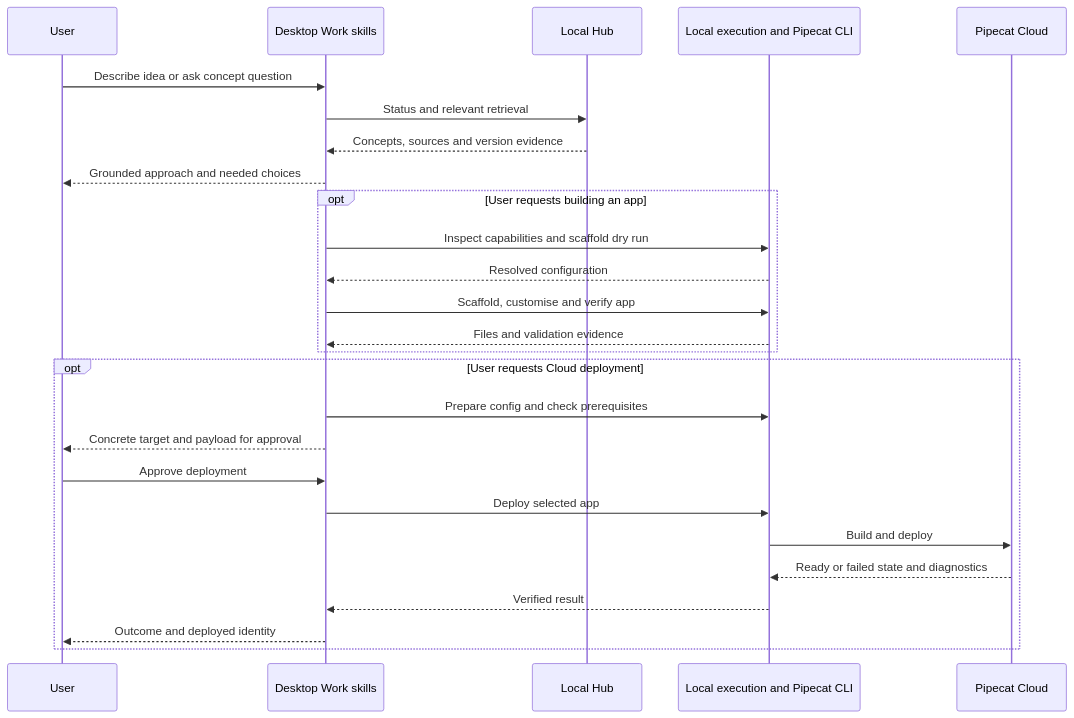
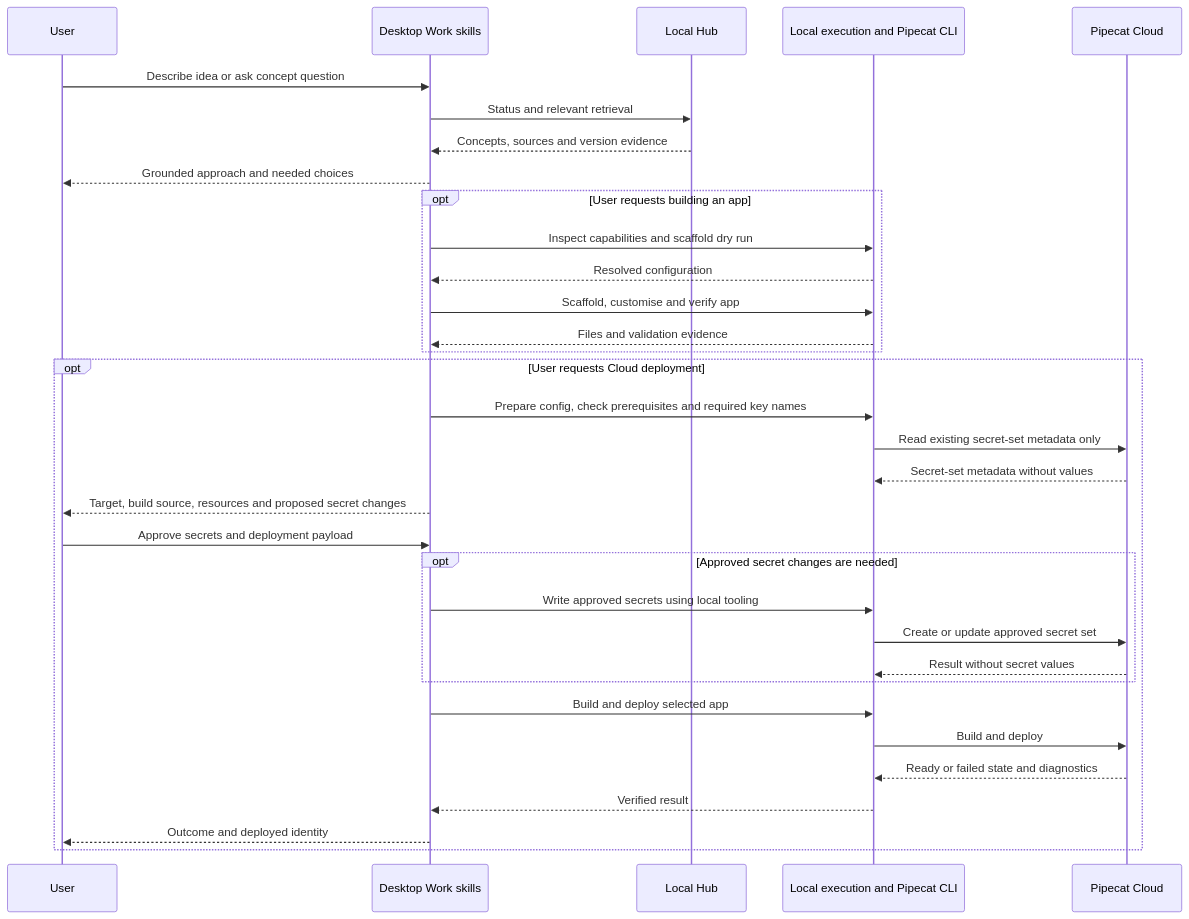
The second of 2 diagrams in docs/dev_plans/20261002-feature-chatgpt-local-plugin.md (pipecat-ai/pipecat-context-hub), drawn with Mermaid before and after one commit. The commit also changed other lines of this file and 1 other file, not shown here.

Commit message:
docs: resolve Pipecat plugin approval and capability review findings

````diff
--- a/docs/dev_plans/20261002-feature-chatgpt-local-plugin.md
+++ b/docs/dev_plans/20261002-feature-chatgpt-local-plugin.md
@@ -120,28 +126,35 @@
 ```mermaid
 sequenceDiagram
   participant U as User
   participant C as Desktop Work skills
   participant H as Local Hub
   participant L as Local execution and Pipecat CLI
   participant K as Pipecat Cloud
   U->>C: Describe idea or ask concept question
   C->>H: Status and relevant retrieval
   H-->>C: Concepts, sources and version evidence
   C-->>U: Grounded approach and needed choices
   opt User requests building an app
     C->>L: Inspect capabilities and scaffold dry run
     L-->>C: Resolved configuration
     C->>L: Scaffold, customise and verify app
     L-->>C: Files and validation evidence
   end
   opt User requests Cloud deployment
-    C->>L: Prepare config and check prerequisites
-    C-->>U: Concrete target and payload for approval
-    U->>C: Approve deployment
-    C->>L: Deploy selected app
+    C->>L: Prepare config, check prerequisites and required key names
+    L->>K: Read existing secret-set metadata only
+    K-->>L: Secret-set metadata without values
+    C-->>U: Target, build source, resources and proposed secret changes
+    U->>C: Approve secrets and deployment payload
+    opt Approved secret changes are needed
+      C->>L: Write approved secrets using local tooling
+      L->>K: Create or update approved secret set
+      K-->>L: Result without secret values
+    end
+    C->>L: Build and deploy selected app
     L->>K: Build and deploy
     K-->>L: Ready or failed state and diagnostics
     L-->>C: Verified result
     C-->>U: Outcome and deployed identity
   end
 ```
````
